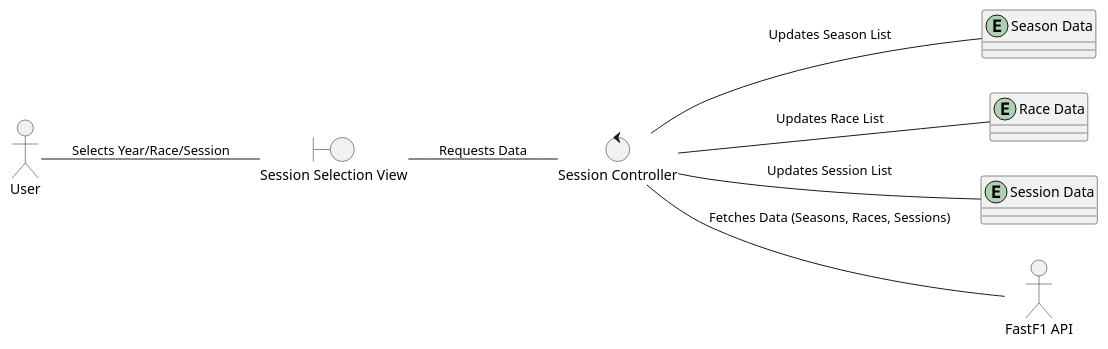
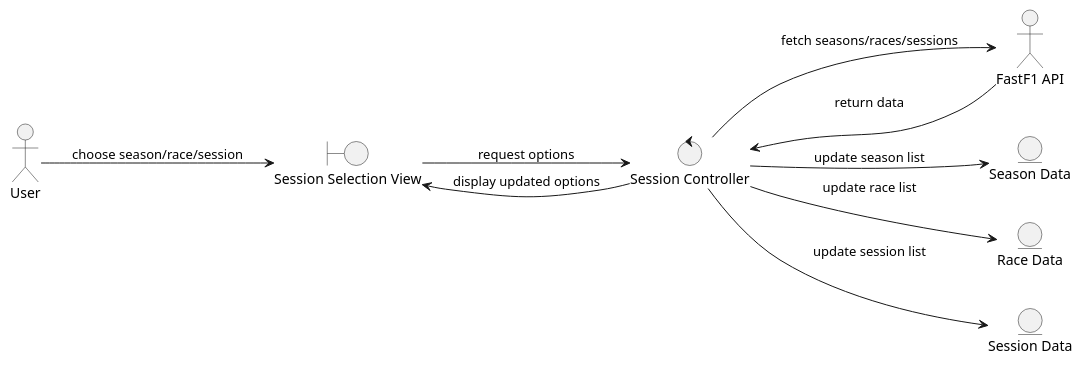
Before and after one commit to AB0204/Team_OOAD23: the diagram in Analysis/Select_Season_Race_Session.puml, drawn with PlantUML.

```diff
--- a/Analysis/Select_Season_Race_Session.puml
+++ b/Analysis/Select_Season_Race_Session.puml
@@ -1,20 +1,25 @@
 @startuml
 left to right direction
 skinparam backgroundColor white
-allow_mixing
 
-actor User
+actor "User" as User
+actor "FastF1 API" as API
+
 boundary "Session Selection View" as GUI
 control "Session Controller" as CTRL
 entity "Season Data" as SEASON
 entity "Race Data" as RACE
 entity "Session Data" as SESSION
-actor "FastF1 API" as API
 
-User -- GUI : Selects Year/Race/Session
-GUI -- CTRL : Requests Data
-CTRL -- API : Fetches Data (Seasons, Races, Sessions)
-CTRL -- SEASON : Updates Season List
-CTRL -- RACE : Updates Race List
-CTRL -- SESSION : Updates Session List
+User --> GUI : choose season/race/session
+GUI --> CTRL : request options
+
+CTRL --> API : fetch seasons/races/sessions
+API --> CTRL : return data
+
+CTRL --> SEASON : update season list
+CTRL --> RACE : update race list
+CTRL --> SESSION : update session list
+
+CTRL --> GUI : display updated options
 @enduml
```
